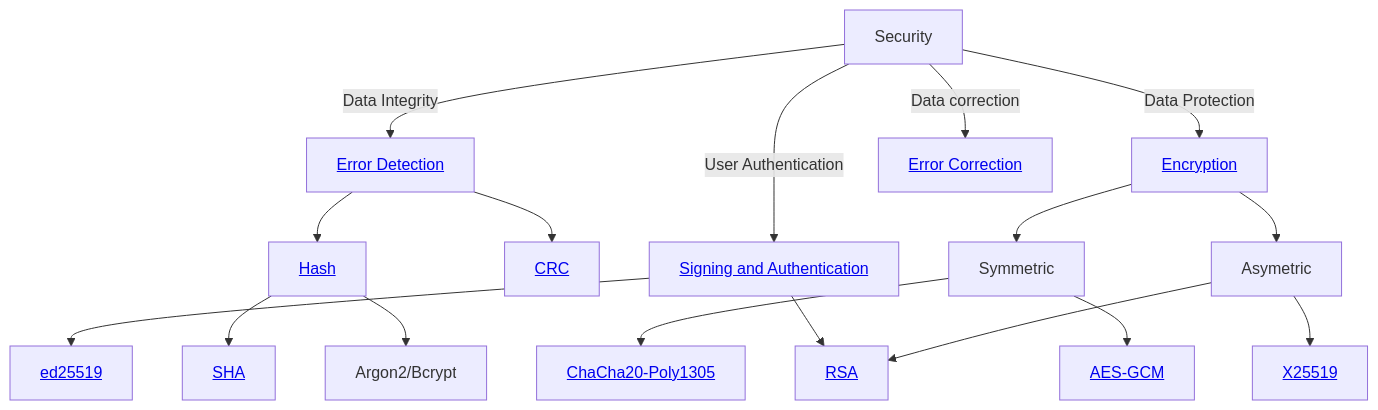
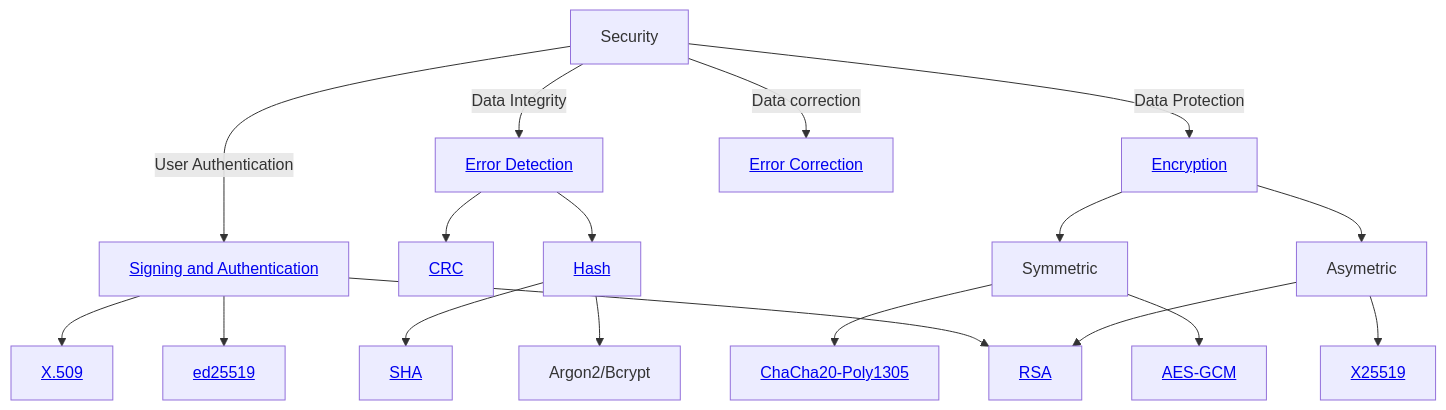
Before and after one commit to maneesh29s/digital-garden-notes: the diagram in Security/README.md, drawn with Mermaid. The commit also changed other lines of this file and 6 other files, not shown here.

`````diff
--- a/Security/README.md
+++ b/Security/README.md
@@ -17,42 +17,43 @@
 ````mermaid
 flowchart TD
 
 A[Security] 
 B["<a class='internal-link' href='./encryption'>Encryption</a>"]
 C["<a class='internal-link ' href='./error_detection'>Error Detection</a>"]
 D["<a class='internal-link' href='./signature_authentication'>Signing and Authentication</a>"]
 E["<a class='internal-link' href='./rsa'>RSA</a>"]
 F["<a class='internal-link' href='./dh#ECDH'>X25519</a>"]
 H[Argon2/Bcrypt]
 I["<a class='internal-link' href='./sha'>SHA</a>"]
 J["<a class='internal-link' href='./crc'>CRC</a>"]
 L["<a class='internal-link' href='./dh#ECDSA'>ed25519</a>"]
 HC["<a class='internal-link' href='./error_correction'>Error Correction</a>"]
 
 SYM[Symmetric]
 ASYM[Asymetric]
 AES["<a class='internal-link' href='./aes'>AES-GCM</a>"]
 CHA["<a class='internal-link' href='./chacha'>ChaCha20-Poly1305</a>"]
 HASH["<a class='internal-link' href='./hashing'>Hash</a>"]
+X509["<a class='internal-link' href='./x_509'>X.509</a>"]
 
 A -->|Data Protection| B
 
 A -->|Data Integrity| C
 
 A -->|User Authentication| D 
 D --> E
 D --> L
+D --> X509
 
 A -->|Data correction| HC
 
 B --> ASYM --> E
 ASYM --> F
 B --> SYM --> AES
 SYM --> CHA
 
 C --> HASH
 C --> J
 HASH --> H
 HASH --> I
-
 ````
`````
